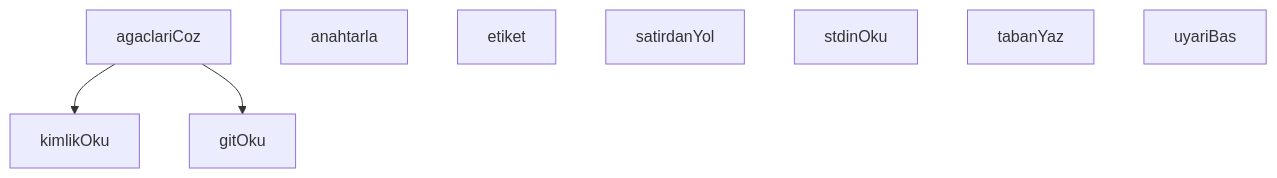
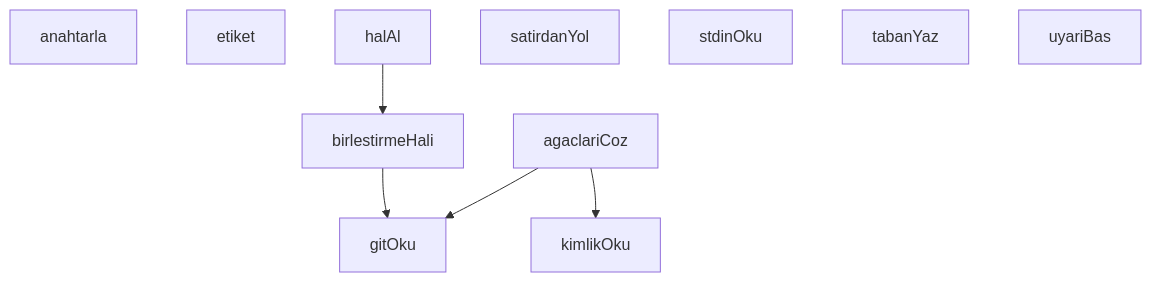
The diagram in .claude/hooks/bash-write-audit.md (peckop/venthub-hvac-esite), drawn with Mermaid before and after one commit. The commit also changed other lines of this file, not shown here.

Commit message:
belge: bash-write-audit companion (birlestirme muafiyeti)

````diff
--- a/.claude/hooks/bash-write-audit.md
+++ b/.claude/hooks/bash-write-audit.md
@@ -158,14 +217,18 @@
 ```mermaid
 graph TD
     bash-write-audit_cjs__agaclariCoz["agaclariCoz"]
     bash-write-audit_cjs__anahtarla["anahtarla"]
+    bash-write-audit_cjs__birlestirmeHali["birlestirmeHali"]
     bash-write-audit_cjs__etiket["etiket"]
     bash-write-audit_cjs__gitOku["gitOku"]
+    bash-write-audit_cjs__halAl["halAl"]
     bash-write-audit_cjs__kimlikOku["kimlikOku"]
     bash-write-audit_cjs__satirdanYol["satirdanYol"]
     bash-write-audit_cjs__stdinOku["stdinOku"]
     bash-write-audit_cjs__tabanYaz["tabanYaz"]
     bash-write-audit_cjs__uyariBas["uyariBas"]
+    bash-write-audit_cjs__halAl --> bash-write-audit_cjs__birlestirmeHali
     bash-write-audit_cjs__agaclariCoz --> bash-write-audit_cjs__kimlikOku
+    bash-write-audit_cjs__birlestirmeHali --> bash-write-audit_cjs__gitOku
     bash-write-audit_cjs__agaclariCoz --> bash-write-audit_cjs__gitOku
 ```
````
